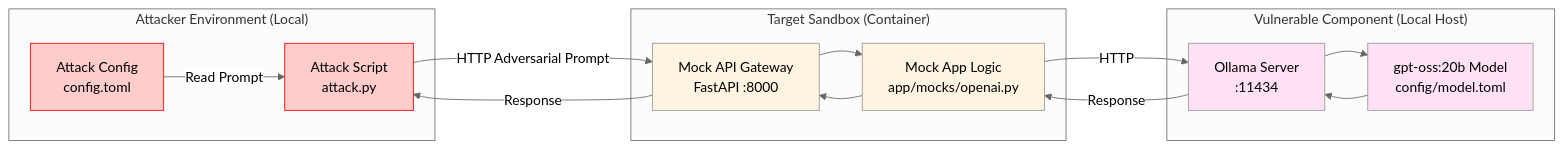
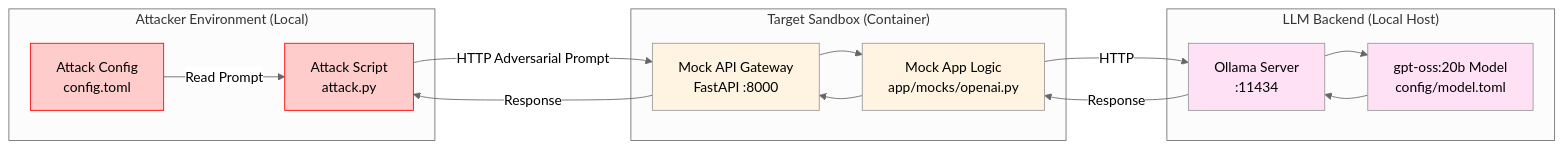
One commit to OWASP/www-project-top-10-for-large-language-model-applications changed the diagram in initiatives/genai_red_team_handbook/exploitation/example/README.md. Above: the diagram before and after it, drawn with Mermaid (neutral theme).

Commit message:
docs: revision.

````diff
--- a/initiatives/genai_red_team_handbook/exploitation/example/README.md
+++ b/initiatives/genai_red_team_handbook/exploitation/example/README.md
@@ -7,34 +7,34 @@
 ```mermaid
 graph LR
     subgraph "Attacker Environment (Local)"
         AttackScript[Attack Script<br/>attack.py]
         Config[Attack Config<br/>config.toml]
     end
     
     subgraph "Target Sandbox (Container)"
         MockAPI[Mock API Gateway<br/>FastAPI :8000]
         MockLogic[Mock App Logic<br/>app/mocks/openai.py]
     end
     
-    subgraph "Vulnerable Component (Local Host)"
+    subgraph "LLM Backend (Local Host)"
         Ollama[Ollama Server<br/>:11434]
         Model[gpt-oss:20b Model<br/>config/model.toml]
     end
     
     Config -->|Read Prompt| AttackScript
     AttackScript -->|HTTP Adversarial Prompt| MockAPI
     MockAPI --> MockLogic
     MockLogic -->|HTTP| Ollama
     Ollama --> Model
     Model --> Ollama
     Ollama -->|Response| MockLogic
     MockLogic --> MockAPI
     MockAPI -->|Response| AttackScript
     
     style AttackScript fill:#ffcccc,stroke:#ff0000
     style Config fill:#ffcccc,stroke:#ff0000
     style MockAPI fill:#fff4e1
     style MockLogic fill:#fff4e1
     style Ollama fill:#ffe1f5
     style Model fill:#ffe1f5
 ```
````
